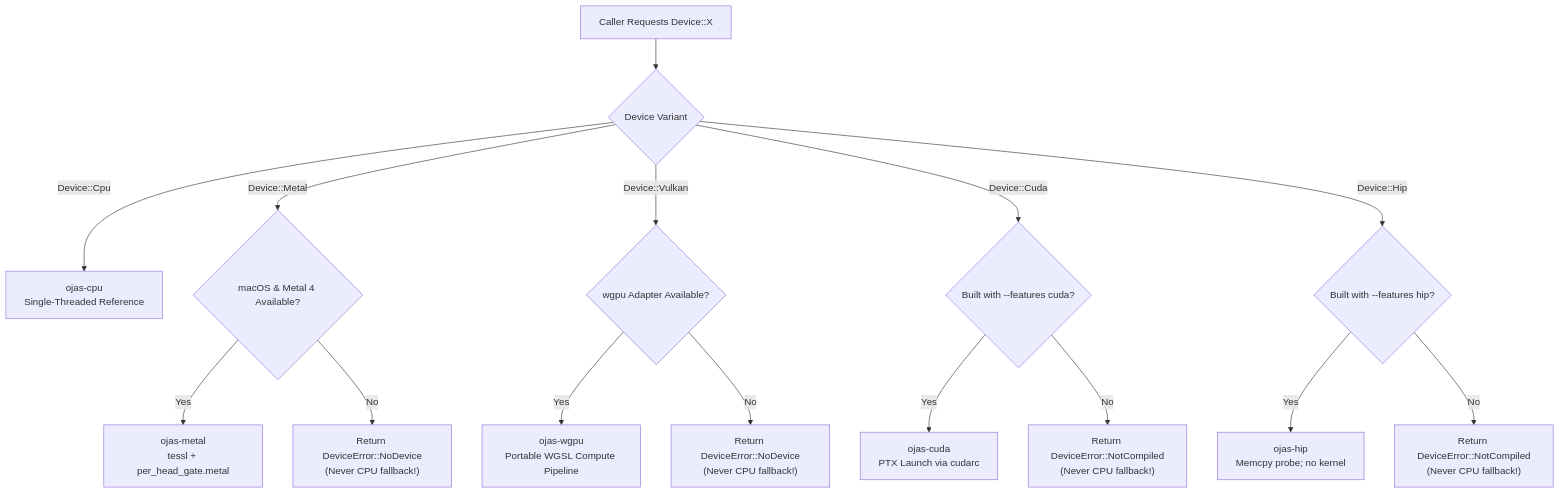
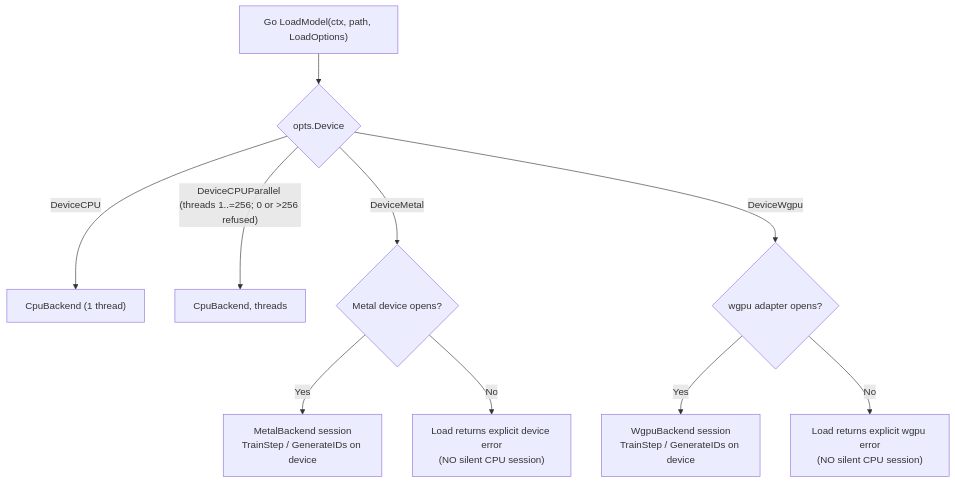
One commit to bharathvbcr/ojas changed the first of 3 diagrams in docs/backends.md. Above: the diagram before and after it, drawn with Mermaid. The commit also changed other lines of this file and 1261 other files, not shown here.

````diff
--- a/docs/backends.md
+++ b/docs/backends.md
@@ -13,22 +15,14 @@
 ```mermaid
 flowchart TD
-    Request["Caller Requests Device::X"] --> Match{"Device Variant"}
+    LoadOn["Go LoadModel(ctx, path, LoadOptions)"] --> Kind{"opts.Device"}
 
-    Match -->|Device::Cpu| CPU["ojas-cpu\nSingle-Threaded Reference"]
-    
-    Match -->|Device::Metal| MetalCheck{"macOS & Metal 4 Available?"}
-    MetalCheck -->|Yes| MetalPath["ojas-metal\ntessl + per_head_gate.metal"]
-    MetalCheck -->|No| MetalFail["Return DeviceError::NoDevice\n(Never CPU fallback!)"]
+    Kind -->|DeviceCPU| CPU["CpuBackend (1 thread)"]
+    Kind -->|"DeviceCPUParallel (threads 1..=256; 0 or >256 refused)"| CPUP["CpuBackend, threads"]
+    Kind -->|DeviceMetal| Metal{"Metal device opens?"}
+    Kind -->|DeviceWgpu| Wgpu{"wgpu adapter opens?"}
 
-    Match -->|Device::Vulkan| WgpuCheck{"wgpu Adapter Available?"}
-    WgpuCheck -->|Yes| WgpuPath["ojas-wgpu\nPortable WGSL Compute Pipeline"]
-    WgpuCheck -->|No| WgpuFail["Return DeviceError::NoDevice\n(Never CPU fallback!)"]
-
-    Match -->|Device::Cuda| CudaCheck{"Built with --features cuda?"}
-    CudaCheck -->|Yes| CudaPath["ojas-cuda\nPTX Launch via cudarc"]
-    CudaCheck -->|No| CudaFail["Return DeviceError::NotCompiled\n(Never CPU fallback!)"]
-
-    Match -->|Device::Hip| HipCheck{"Built with --features hip?"}
-    HipCheck -->|Yes| HipPath["ojas-hip\nMemcpy probe; no kernel"]
-    HipCheck -->|No| HipFail["Return DeviceError::NotCompiled\n(Never CPU fallback!)"]
+    Metal -->|Yes| MetalB["MetalBackend session\nTrainStep / GenerateIDs on device"]
+    Metal -->|No| MetalErr["Load returns explicit device error\n(NO silent CPU session)"]
+    Wgpu -->|Yes| WgpuB["WgpuBackend session\nTrainStep / GenerateIDs on device"]
+    Wgpu -->|No| WgpuErr["Load returns explicit wgpu error\n(NO silent CPU session)"]
 ```
````
